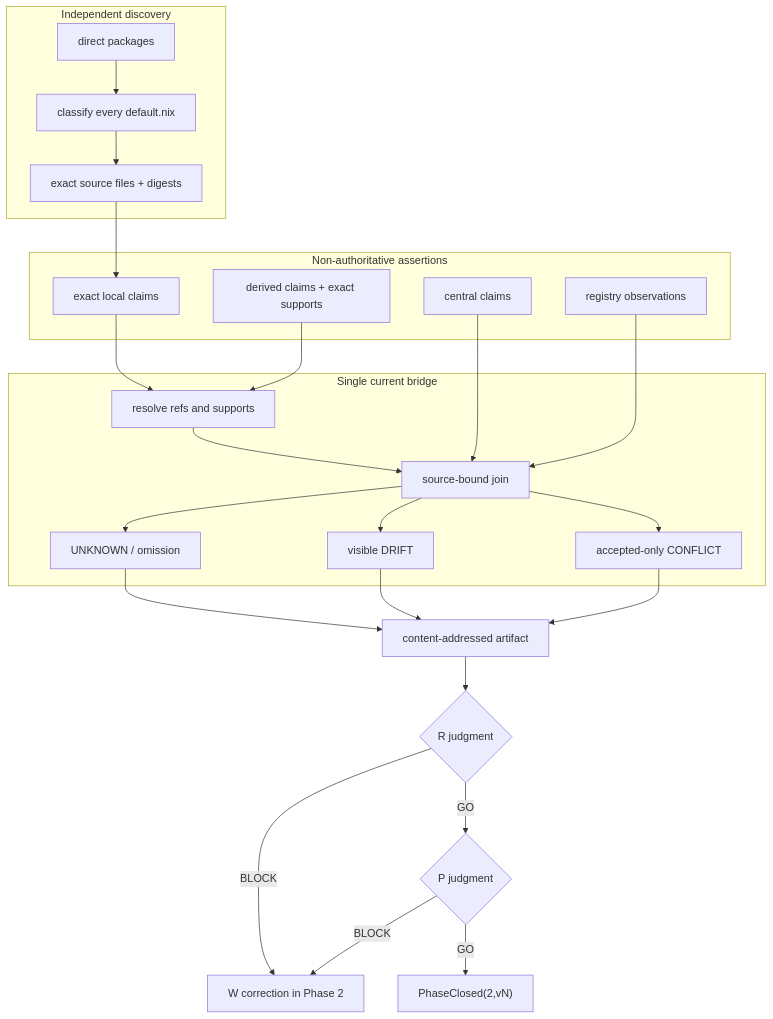
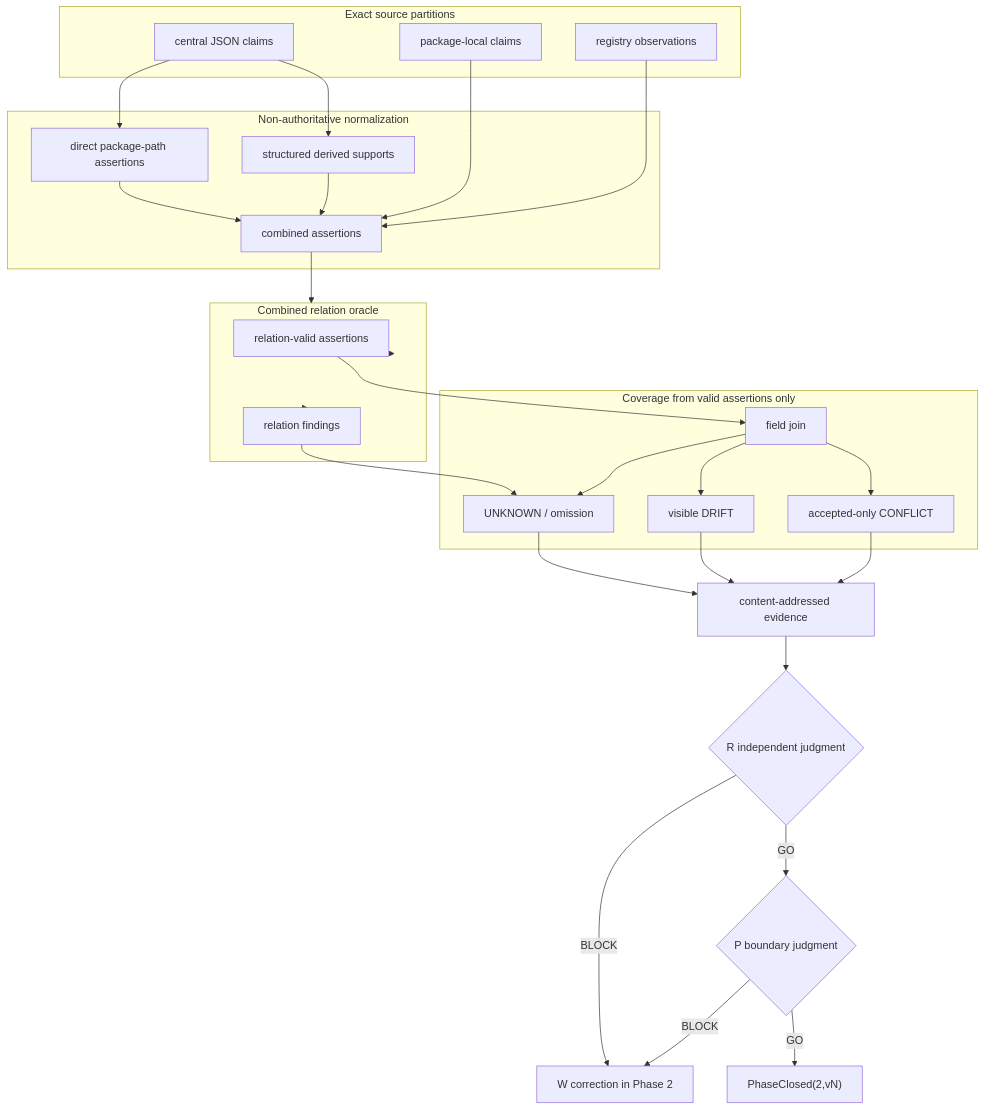
Before and after one commit to roccho-org/ops: the diagram in packages/ops-package-contract-bridge/PHASE2.md, drawn with Mermaid. The commit also changed other lines of this file, not shown here.

Commit message:
docs(contract): fix Phase 2 v5 completeness model

````diff
--- a/packages/ops-package-contract-bridge/PHASE2.md
+++ b/packages/ops-package-contract-bridge/PHASE2.md
@@ -209,41 +198,48 @@
 ```mermaid
 flowchart TB
-  subgraph DISCOVERY["Independent discovery"]
-    D["direct packages"] --> N["classify every default.nix"]
-    N --> S["exact source files + digests"]
+  subgraph SOURCES["Exact source partitions"]
+    C["central JSON claims"]
+    L["package-local claims"]
+    G["registry observations"]
   end
 
-  subgraph ASSERTIONS["Non-authoritative assertions"]
-    C["central claims"]
-    L["exact local claims"]
-    G["registry observations"]
-    R["derived claims + exact supports"]
+  subgraph NORMALIZE["Non-authoritative normalization"]
+    P["direct package-path assertions"]
+    D["structured derived supports"]
+    A["combined assertions"]
   end
 
-  subgraph CHECK["Single current bridge"]
-    X["resolve refs and supports"]
-    J["source-bound join"]
+  subgraph RELATION["Combined relation oracle"]
+    V["relation-valid assertions"]
+    X["relation findings"]
+  end
+
+  subgraph COVERAGE["Coverage from valid assertions only"]
+    J["field join"]
     U["UNKNOWN / omission"]
     F["visible DRIFT"]
     K["accepted-only CONFLICT"]
   end
 
-  S --> L
-  L --> X
-  R --> X
-  X --> J
-  C --> J
-  G --> J
+  C --> P --> A
+  C --> D --> A
+  L --> A
+  G --> A
+  A --> RELATION
+  RELATION --> V
+  RELATION --> X
+  V --> J
+  X --> U
   J --> U
   J --> F
   J --> K
 
-  U --> A["content-addressed artifact"]
-  F --> A
-  K --> A
-  A --> JR{"R judgment"}
-  JR -->|BLOCK| W["W correction in Phase 2"]
-  JR -->|GO| JP{"P judgment"}
-  JP -->|BLOCK| W
-  JP -->|GO| CLOSED["PhaseClosed(2,vN)"]
+  U --> E["content-addressed evidence"]
+  F --> E
+  K --> E
+  E --> R{"R independent judgment"}
+  R -->|BLOCK| W["W correction in Phase 2"]
+  R -->|GO| Q{"P boundary judgment"}
+  Q -->|BLOCK| W
+  Q -->|GO| CLOSED["PhaseClosed(2,vN)"]
 ```
````
